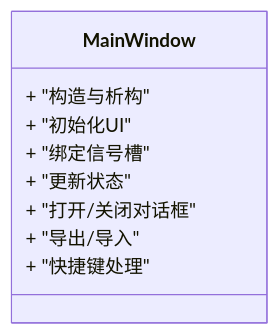
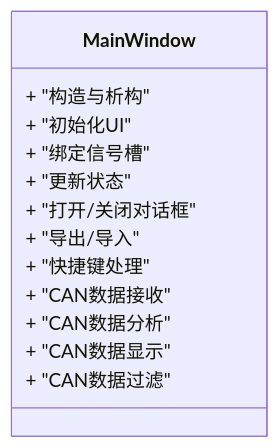
One commit to jakecai1225-design/OpenBus changed the third of 4 diagrams in .qoder/repowiki/zh/content/架构设计/主窗口组件架构.md. Above: the diagram before and after it, drawn with Mermaid. The commit also changed other lines of this file and 31 other files, not shown here.

````diff
--- a/.qoder/repowiki/zh/content/架构设计/主窗口组件架构.md
+++ b/.qoder/repowiki/zh/content/架构设计/主窗口组件架构.md
@@ -123,12 +141,16 @@
 ```mermaid
 classDiagram
 class MainWindow {
 + "构造与析构"
 + "初始化UI"
 + "绑定信号槽"
 + "更新状态"
 + "打开/关闭对话框"
 + "导出/导入"
 + "快捷键处理"
++ "CAN数据接收"
++ "CAN数据分析"
++ "CAN数据显示"
++ "CAN数据过滤"
 }
 ```
````
